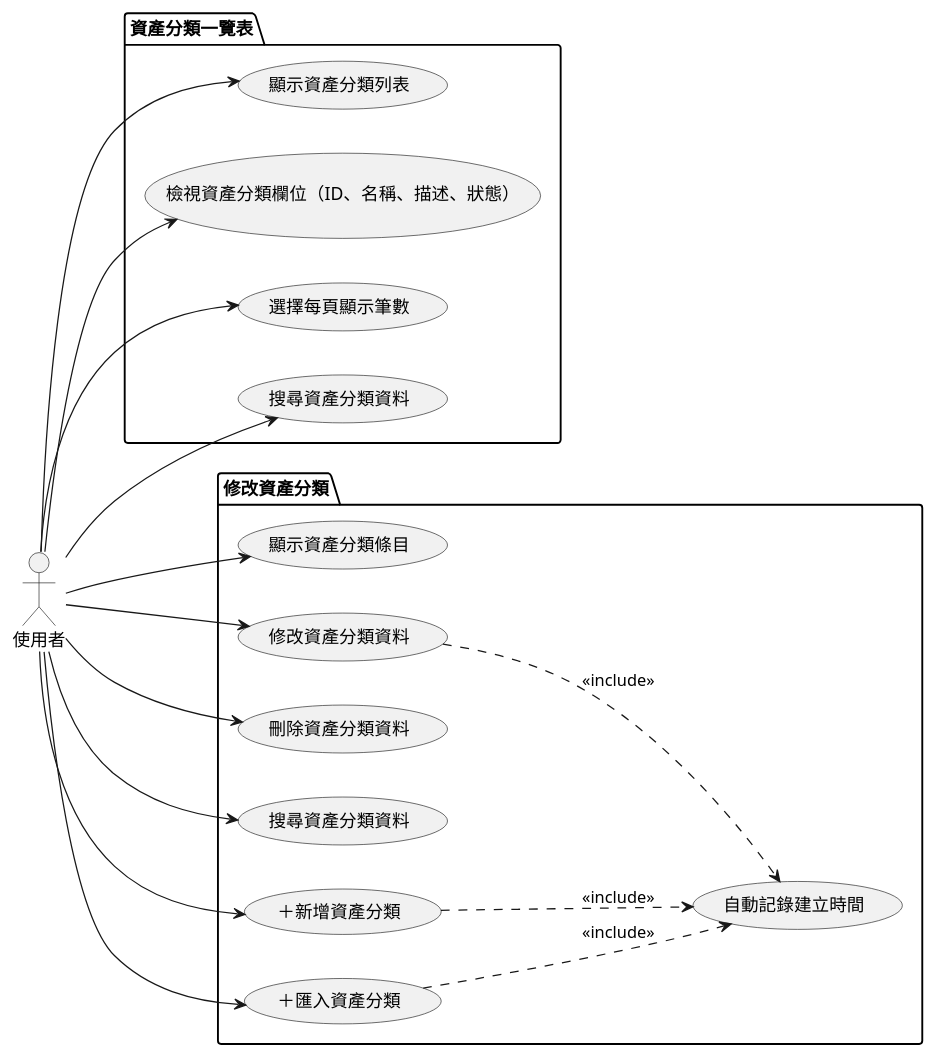
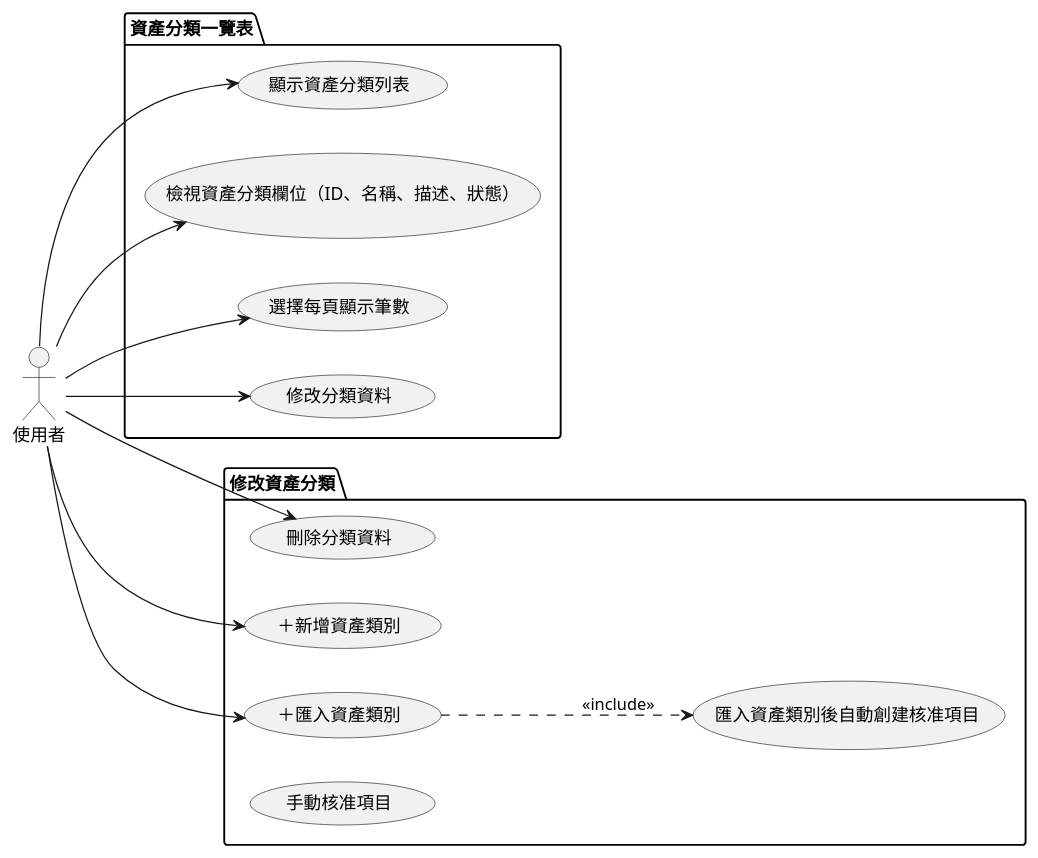
One commit to walle45611/NTUB_SecuManag_Diagram changed the diagram in mermaid/use_case/asset ccategory_overview&edit.puml. Above: the diagram before and after it, drawn with PlantUML. The commit also changed 6 other files, not shown here.

Commit message:
(refactor): 更新用例圖，調整用例名稱及關聯以提升清晰度

```diff
--- a/mermaid/use_case/asset ccategory_overview&edit.puml
+++ b/mermaid/use_case/asset ccategory_overview&edit.puml
@@ -1,39 +1,33 @@
-@startuml
+@startuml asset_category_overview
 
 left to right direction
 
 actor 使用者
 
 package "資產分類一覽表" {
     usecase "顯示資產分類列表" as UC1
     usecase "檢視資產分類欄位（ID、名稱、描述、狀態）" as UC2
     usecase "選擇每頁顯示筆數" as UC3
     usecase "搜尋資產分類資料" as UC4
 }
 
 package "修改資產分類" {
-    usecase "顯示資產分類條目" as UC5
-    usecase "修改資產分類資料" as UC6
-    usecase "刪除資產分類資料" as UC7
-    usecase "搜尋資產分類資料" as UC8
-    usecase "＋新增資產分類" as UC9
-    usecase "＋匯入資產分類" as UC10
-    usecase "自動記錄建立時間" as UC11
+    usecase "修改分類資料" as UC4
+    usecase "刪除分類資料" as UC5
+    usecase "＋新增資產類別" as UC6
+    usecase "＋匯入資產類別" as UC7
+    usecase "手動核准項目" as UC8
+    usecase "匯入資產類別後自動創建核准項目" as UC9
 }
 
-UC6 .down.> UC11 : <<include>>
-UC9 .down.> UC11 : <<include>>
-UC10 .down.> UC11 : <<include>>
+UC7 .down.> UC9 : <<include>>
 
 使用者 --> UC1
 使用者 --> UC2
 使用者 --> UC3
 使用者 --> UC4
 使用者 --> UC5
 使用者 --> UC6
 使用者 --> UC7
-使用者 --> UC8
-使用者 --> UC9
-使用者 --> UC10
 
 @enduml
```
